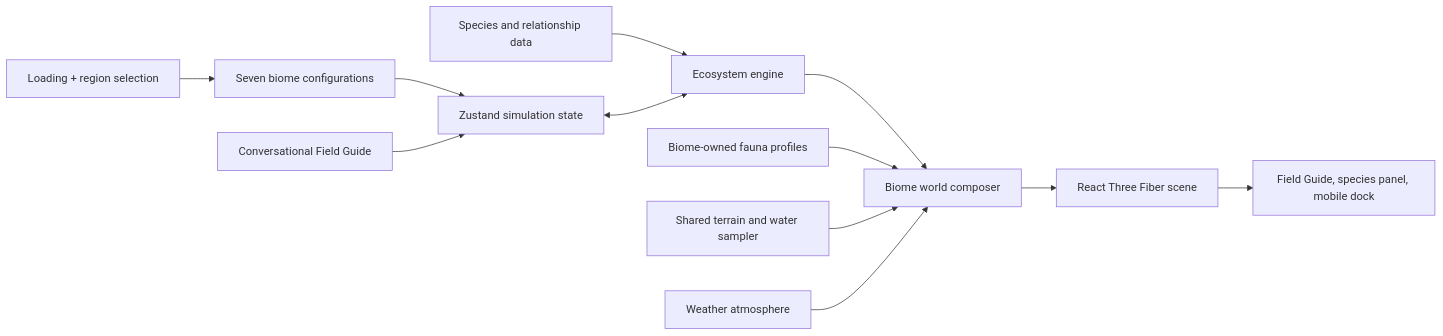
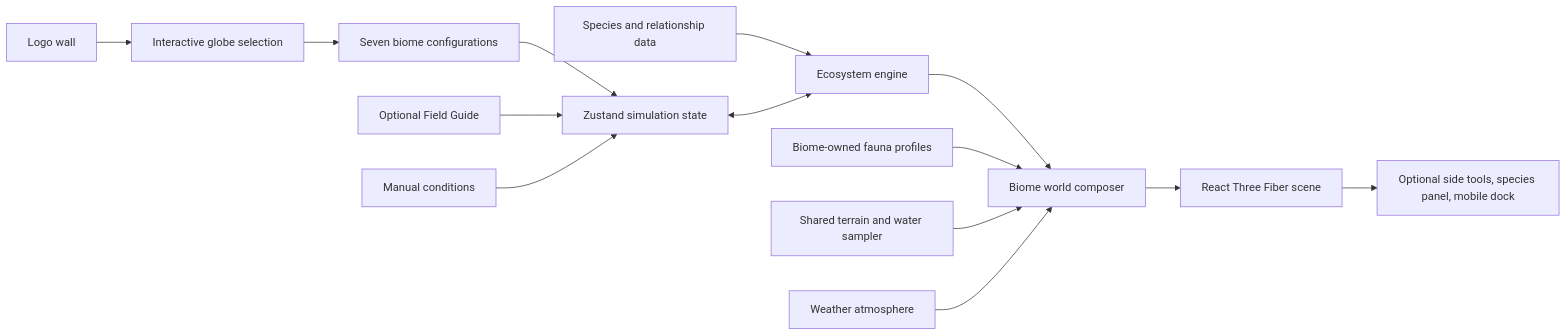
Before and after one commit to andrewkernel/Natureverse: the diagram in README.md, drawn with Mermaid. The commit also changed other lines of this file and 8 other files, not shown here.

````diff
--- a/README.md
+++ b/README.md
@@ -37,14 +37,16 @@
 ```mermaid
 flowchart LR
-  START["Loading + region selection"] --> BIOME["Seven biome configurations"]
+  START["Logo wall"] --> GLOBE["Interactive globe selection"]
+  GLOBE --> BIOME["Seven biome configurations"]
   BIOME --> STORE["Zustand simulation state"]
-  GUIDE["Conversational Field Guide"] --> STORE
+  GUIDE["Optional Field Guide"] --> STORE
+  CONDITIONS["Manual conditions"] --> STORE
   DATA["Species and relationship data"] --> ENGINE["Ecosystem engine"]
   STORE <--> ENGINE
   ENGINE --> WORLD["Biome world composer"]
   FAUNA["Biome-owned fauna profiles"] --> WORLD
   TERRAIN["Shared terrain and water sampler"] --> WORLD
   WEATHER["Weather atmosphere"] --> WORLD
   WORLD --> SCENE["React Three Fiber scene"]
-  SCENE --> UI["Field Guide, species panel, mobile dock"]
+  SCENE --> UI["Optional side tools, species panel, mobile dock"]
 ```
````
